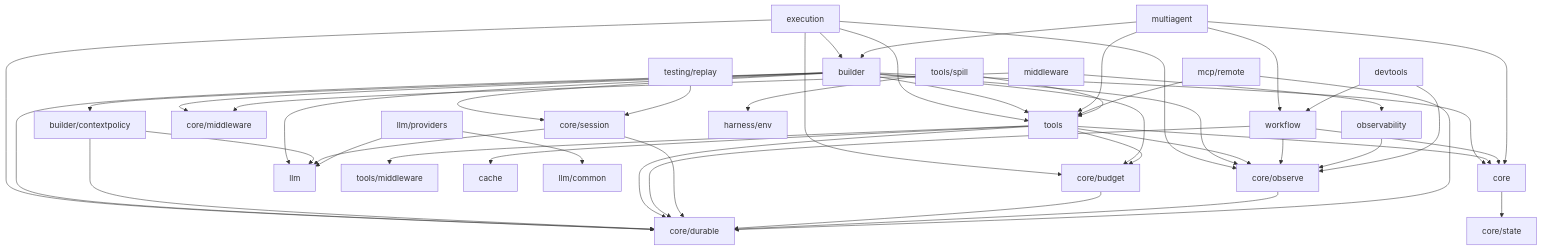
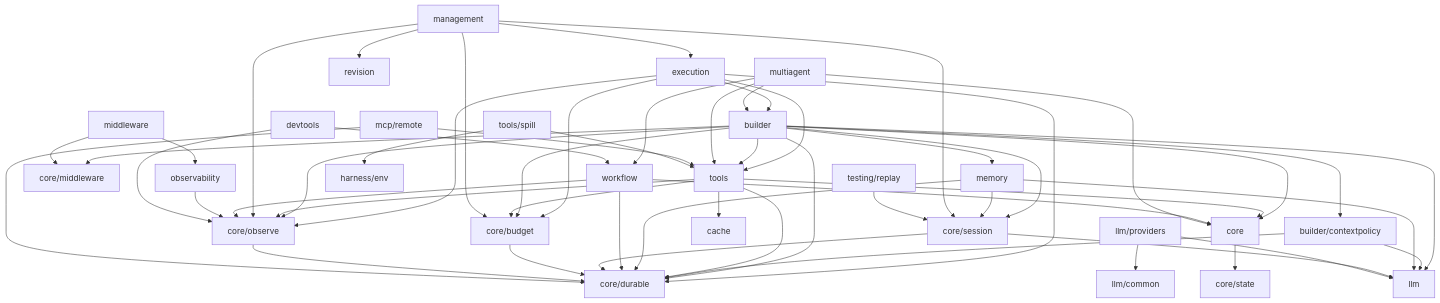
Before and after one commit to kart-io/goagent: the diagram in docs/architecture/ARCHITECTURE.md, drawn with Mermaid. The commit also changed other lines of this file and 17 other files, not shown here.

````diff
--- a/docs/architecture/ARCHITECTURE.md
+++ b/docs/architecture/ARCHITECTURE.md
@@ -25,57 +25,67 @@
 ```mermaid
 graph TD
     execution --> builder
     execution --> tools
     execution --> budget[core/budget]
     execution --> durable[core/durable]
     execution --> observe[core/observe]
 
     builder --> contextpolicy[builder/contextpolicy]
     builder --> core
     builder --> session[core/session]
     builder --> budget
     builder --> durable
     builder --> observe
     builder --> coremw[core/middleware]
     builder --> llm
     builder --> tools
+    builder --> memory
 
     contextpolicy --> durable
     contextpolicy --> llm
 
     tools --> core
     tools --> budget
     tools --> durable
     tools --> observe
-    tools --> toolmw[tools/middleware]
     tools --> cache
+
+    memory --> durable
+    memory --> session
+    memory --> llm
+
+    management --> execution
+    management --> session
+    management --> budget
+    management --> observe
+    management --> revision
 
     workflow --> core
     workflow --> durable
     workflow --> observe
 
     multiagent --> workflow
     multiagent --> builder
     multiagent --> tools
     multiagent --> core
 
     core --> state[core/state]
 
     session --> durable
     session --> llm
     budget --> durable
     observe --> durable
 
     providers[llm/providers] --> llm
     providers --> common[llm/common]
     mcpremote[mcp/remote] --> tools
     mcpremote --> durable
     middleware --> coremw
     middleware --> observability
     observability --> observe
     devtools --> workflow
     devtools --> observe
     replay[testing/replay] --> session
     spill[tools/spill] --> tools
     spill --> env[harness/env]
 ```
````
